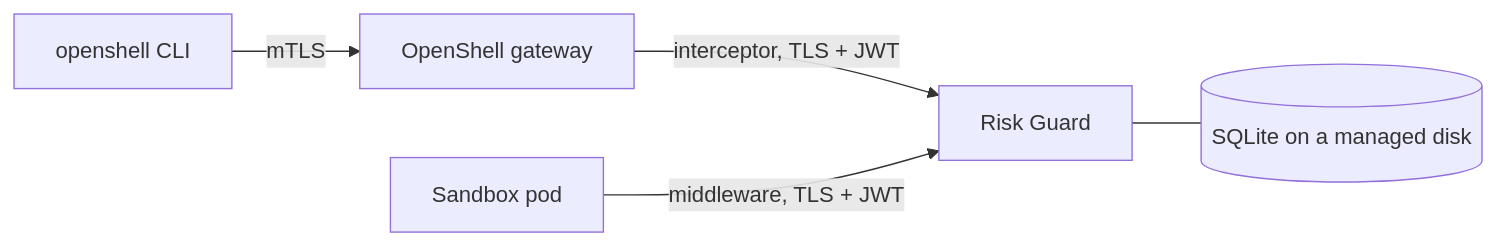
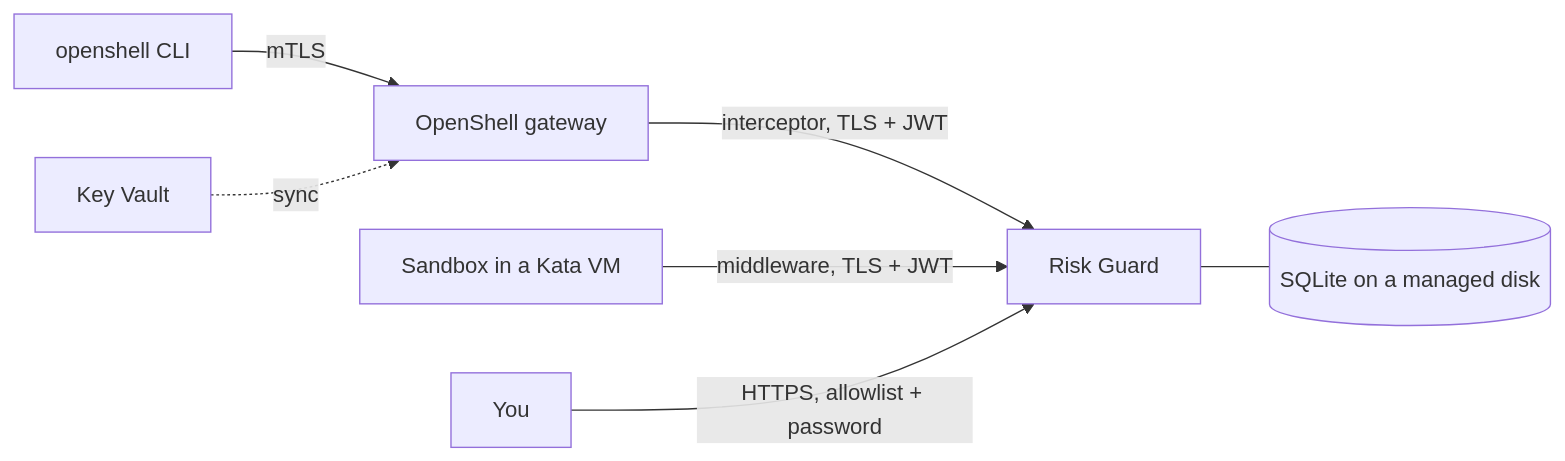
One commit to ChrisHanna/openshell-risk-guard changed the diagram in docs/aks.md. Above: the diagram before and after it, drawn with Mermaid. The commit also changed other lines of this file and 4 other files, not shown here.

First line of the commit message:
feat(aks): verify the TLS health probe and the agent image in Kata

````diff
--- a/docs/aks.md
+++ b/docs/aks.md
@@ -14,7 +15,9 @@
 ```mermaid
 flowchart LR
   CLI[openshell CLI] -- mTLS --> GW[OpenShell gateway]
   GW -- interceptor, TLS + JWT --> RG[Risk Guard]
-  SB[Sandbox pod] -- middleware, TLS + JWT --> RG
+  SB[Sandbox in a Kata VM] -- middleware, TLS + JWT --> RG
   RG --- DB[(SQLite on a managed disk)]
+  KV[Key Vault] -. sync .-> GW
+  ME[You] -- HTTPS, allowlist + password --> RG
 ```
````
